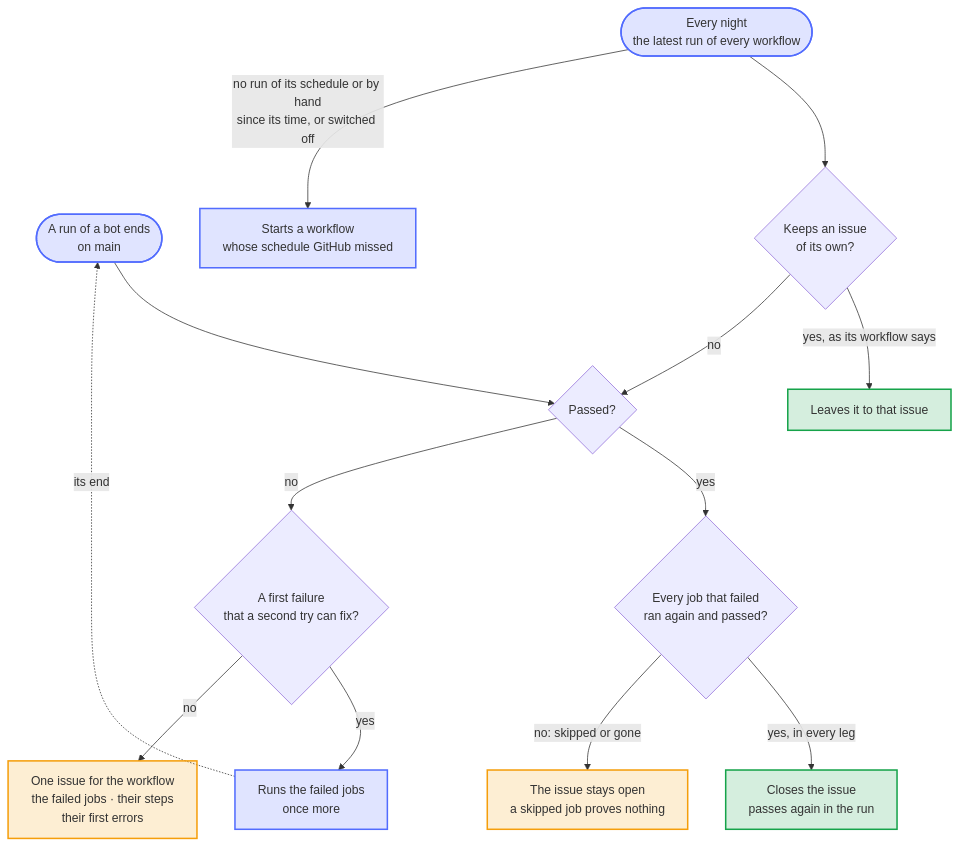
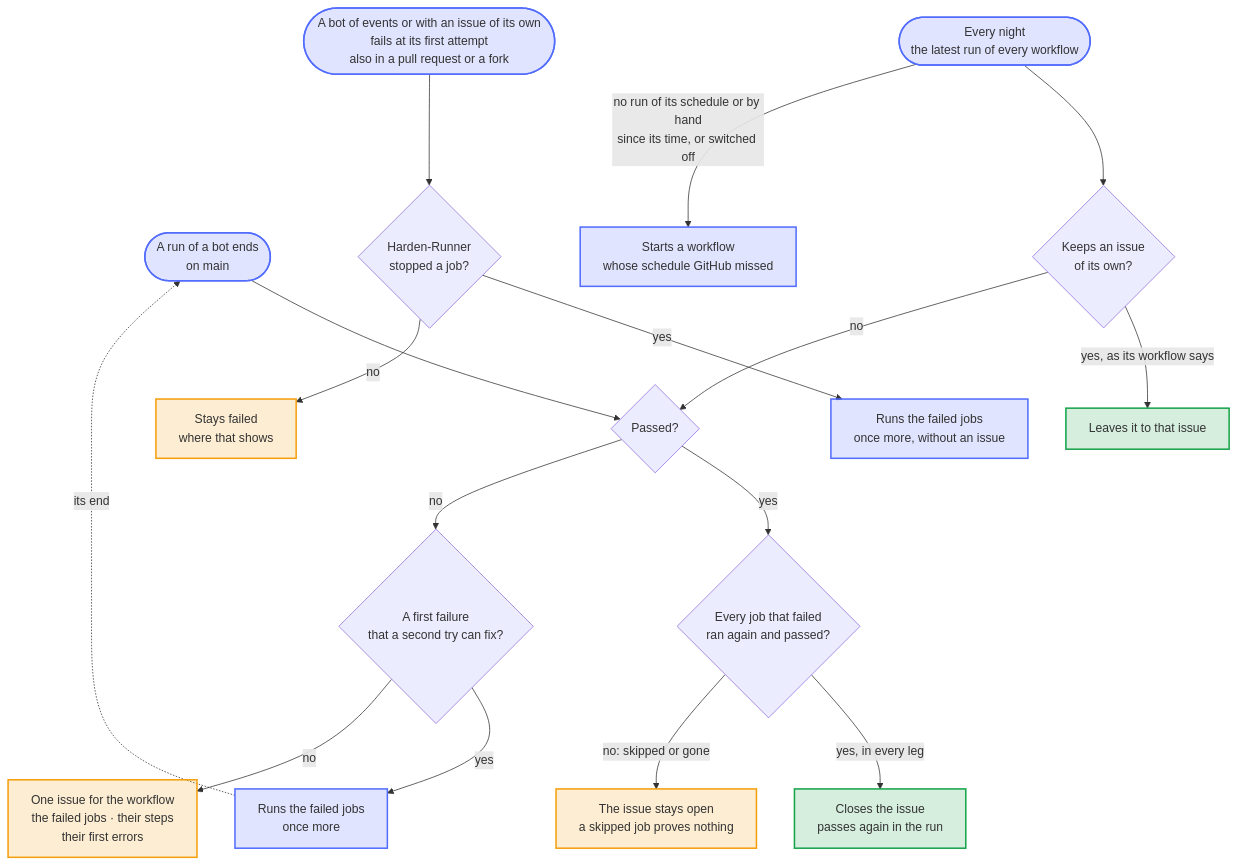
One commit to Dennis-Otto/repo-blueprint changed the diagram in docs/diagrams/what-the-bot-health-bot-does-when-a-bot-fails.mmd. Above: the diagram before and after it, drawn with Mermaid. The commit also changed 17 other files, not shown here.

First line of the commit message:
fix(ci): every workflow that Harden-Runner stops runs again by itself (#811)

```diff
--- a/docs/diagrams/what-the-bot-health-bot-does-when-a-bot-fails.mmd
+++ b/docs/diagrams/what-the-bot-health-bot-does-when-a-bot-fails.mmd
@@ -1,41 +1,48 @@
 ---
 config:
   flowchart:
     wrappingWidth: 400
 ---
 flowchart TB
     accTitle: What the bot-health bot does when a bot fails
-    accDescr: When a run of a bot or a scheduled workflow ends on the default branch, the bot-health bot looks at it; runs of pull requests start nothing. A first failure that a second try can fix runs its failed jobs once more. A failure that stays opens one issue for the workflow, or updates it, with the failed jobs, their steps and their first errors. A run that passes closes the issue once every job that failed ran again in it and passed, in every leg of a matrix; a run that skipped such a job, or one without it, leaves the issue open. Every night, the bot looks at the latest run of every workflow, in case GitHub lost an event, but leaves a workflow that keeps an issue of its own to that issue. It starts a workflow whose schedule GitHub missed or switched off: one with no run of its schedule or by hand since the time of its schedule, whatever pushes ran it since.
+    accDescr: When a run of a bot or a scheduled workflow ends on the default branch, the bot-health bot looks at it; other runs of pull requests start nothing. When a bot of events, such as Welcome, or a workflow that keeps an issue of its own fails at its first attempt, also in a pull request or a fork, its failed jobs run once more without an issue if Harden-Runner stopped one of them; otherwise it stays failed where that shows. A first failure that a second try can fix runs its failed jobs once more. A failure that stays opens one issue for the workflow, or updates it, with the failed jobs, their steps and their first errors. A run that passes closes the issue once every job that failed ran again in it and passed, in every leg of a matrix; a run that skipped such a job, or one without it, leaves the issue open. Every night, the bot looks at the latest run of every workflow, in case GitHub lost an event, but leaves a workflow that keeps an issue of its own to that issue. It starts a workflow whose schedule GitHub missed or switched off: one with no run of its schedule or by hand since the time of its schedule, whatever pushes ran it since.
 
     run(["A run of a bot ends<br>on main"])
     nightly(["Every night<br>the latest run of every workflow"])
     own{"Keeps an issue<br>of its own?"}
     left["Leaves it to that issue"]
     passed{"Passed?"}
     jobs{"Every job that failed<br>ran again and passed?"}
     waits["The issue stays open<br>a skipped job proves nothing"]
     first{"A first failure<br>that a second try can fix?"}
     again["Runs the failed jobs<br>once more"]
     issue["One issue for the workflow<br>the failed jobs · their steps<br>their first errors"]
     closed["Closes the issue<br>passes again in the run"]
     missed["Starts a workflow<br>whose schedule GitHub missed"]
+    event(["A bot of events or with an issue of its own<br>fails at its first attempt<br>also in a pull request or a fork"])
+    stopped{"Harden-Runner<br>stopped a job?"}
+    retried["Runs the failed jobs<br>once more, without an issue"]
+    stays["Stays failed<br>where that shows"]
 
     run --> passed
     nightly --> own
     own -- "yes, as its workflow says" --> left
     own -- "no" --> passed
     nightly -- "no run of its schedule or by hand<br>since its time, or switched off" --> missed
     passed -- "yes" --> jobs
     jobs -- "yes, in every leg" --> closed
     jobs -- "no: skipped or gone" --> waits
     passed -- "no" --> first
     first -- "yes" --> again
     again -. "its end" .-> run
     first -- "no" --> issue
+    event --> stopped
+    stopped -- "yes" --> retried
+    stopped -- "no" --> stays
 
     classDef bot fill:#526cfe2e,stroke:#526cfe,stroke-width:2px
     classDef person fill:#f59e0b2e,stroke:#f59e0b,stroke-width:2px
     classDef done fill:#16a34a2e,stroke:#16a34a,stroke-width:2px
-    class run,nightly,again,missed bot
-    class issue,waits person
+    class run,nightly,again,missed,event,retried bot
+    class issue,waits,stays person
     class closed,left done
```
